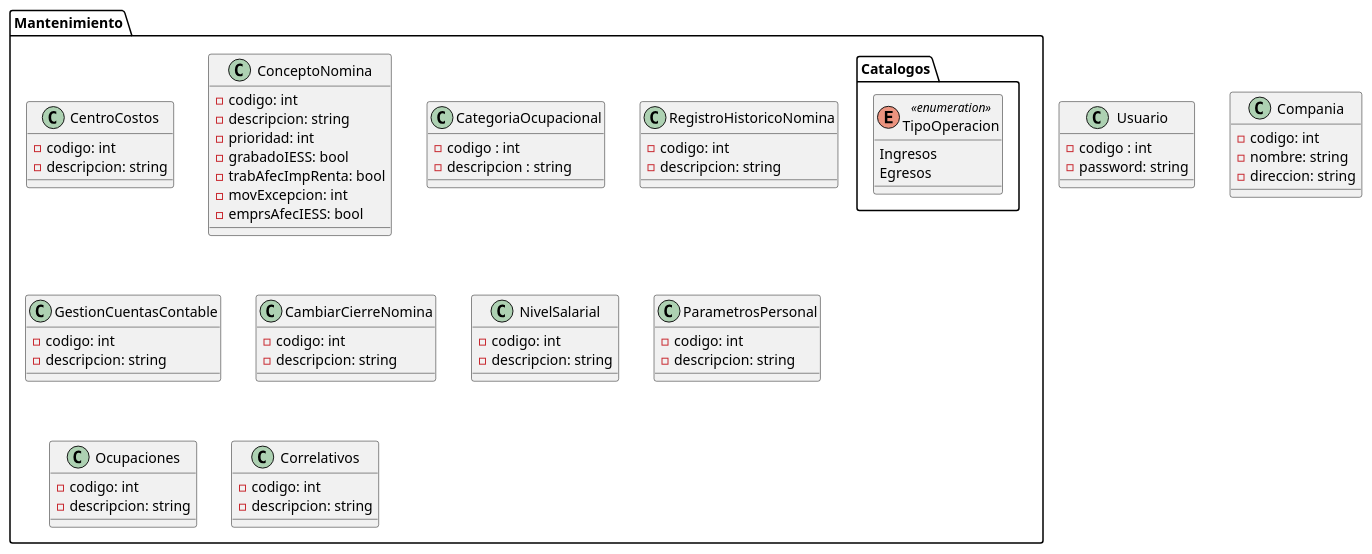
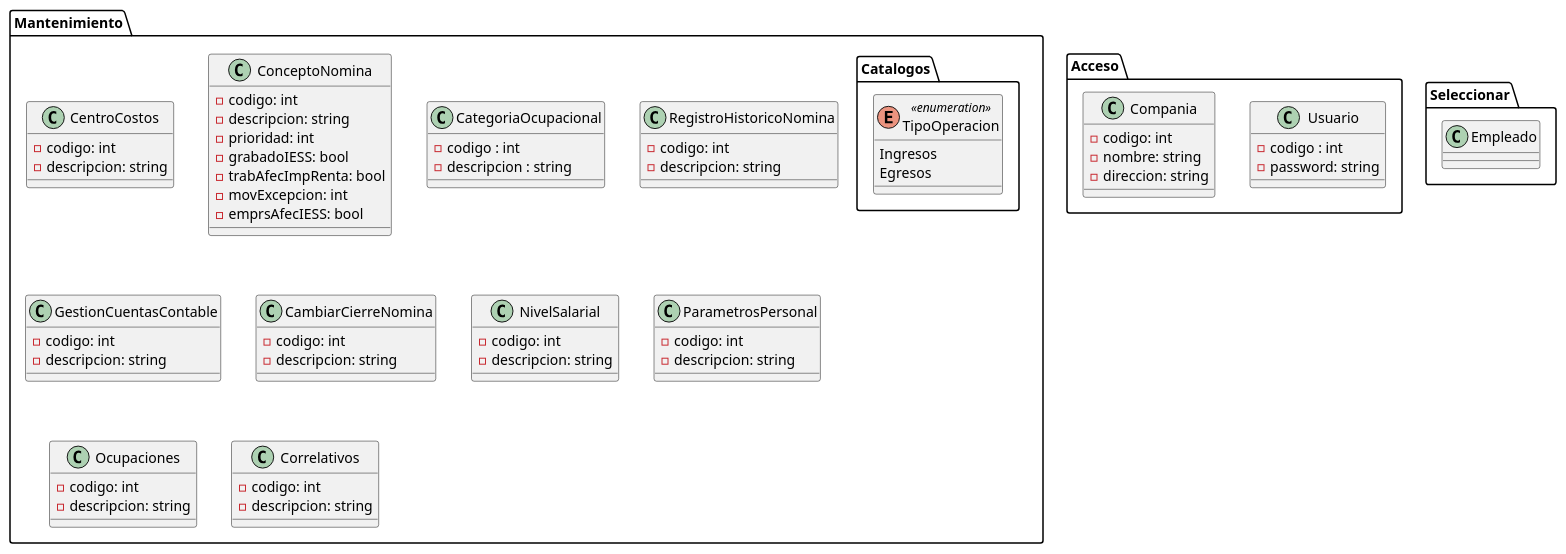
Before and after one commit to ChrisJMora/TTHH-class-diagram: the diagram in tthh-class-diagram.puml, drawn with PlantUML.

Commit message:
Se añaden los paquetes de acceso y seleccionar al diagrama | Se crea la clase empleado

```diff
--- a/tthh-class-diagram.puml
+++ b/tthh-class-diagram.puml
@@ -1,82 +1,89 @@
 @startuml TTHHH
 
-class Usuario{
-    -codigo : int
-    -password: string
+package Acceso{
+
+    class Usuario{
+        -codigo : int
+        -password: string
+    }
+
+    class Compania{
+        -codigo: int
+        -nombre: string
+        -direccion: string
+    }
 }
 
-class Compania{
-    -codigo: int
-    -nombre: string
-    -direccion: string
+package Seleccionar{
+    class Empleado
 }
 
 package Mantenimiento{
 
     class CentroCostos{
         -codigo: int
         -descripcion: string
     }
 
     class ConceptoNomina{
         -codigo: int
         -descripcion: string
         -prioridad: int
         -grabadoIESS: bool
         -trabAfecImpRenta: bool
         -movExcepcion: int
         -emprsAfecIESS: bool
     }
 
     class CategoriaOcupacional{
         -codigo : int
         -descripcion : string
     }
 
     class RegistroHistoricoNomina{
         -codigo: int
         -descripcion: string
     }
 
     class GestionCuentasContable{
         -codigo: int
         -descripcion: string
     }
 
     class CambiarCierreNomina{
         -codigo: int
         -descripcion: string
     }
 
     class NivelSalarial{
         -codigo: int
         -descripcion: string
     }
 
     class ParametrosPersonal{
         -codigo: int
         -descripcion: string
     }
 
     class Ocupaciones{
         -codigo: int
         -descripcion: string
     }
 
     class Correlativos{
         -codigo: int
         -descripcion: string
     }
 
 }
 
 package Mantenimiento.Catalogos{
 
     enum TipoOperacion <<enumeration>>{
         Ingresos
         Egresos
     }
-    
+
 }
 
 @enduml
```
